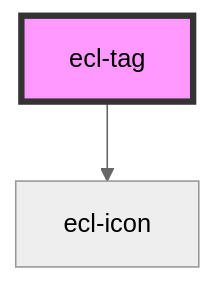
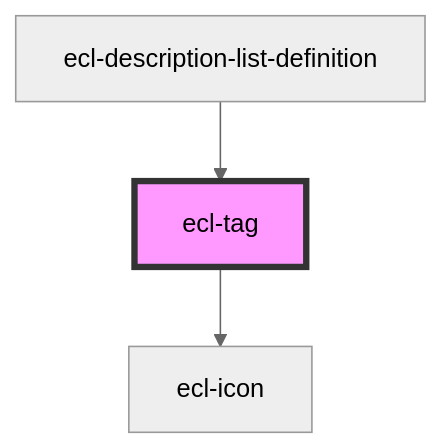
One commit to ec-europa/ecl-webcomponents changed the diagram in src/components/ecl-tag/readme.md. Above: the diagram before and after it, drawn with Mermaid (neutral theme). The commit also changed other lines of this file and 17 other files, not shown here.

Commit message:
feat(description-list): Updating to v5 - FRONT-4978

````diff
--- a/src/components/ecl-tag/readme.md
+++ b/src/components/ecl-tag/readme.md
@@ -33,5 +37,6 @@
 ```mermaid
 graph TD;
   ecl-tag --> ecl-icon
+  ecl-description-list-definition --> ecl-tag
   style ecl-tag fill:#f9f,stroke:#333,stroke-width:4px
 ```
````
